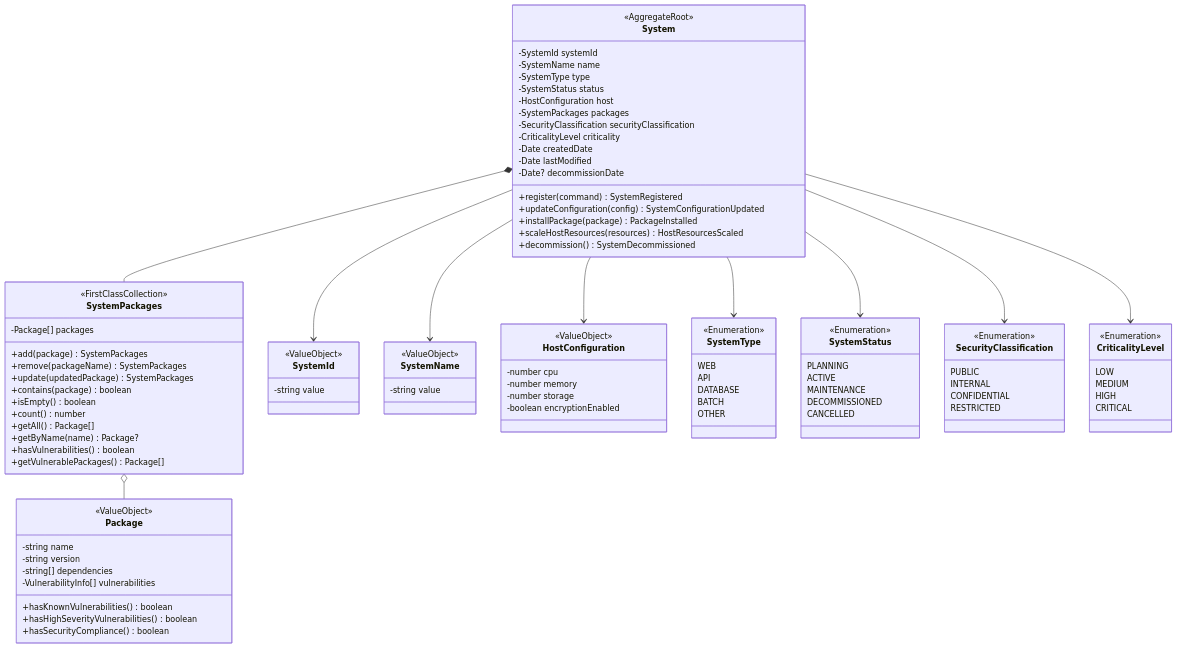
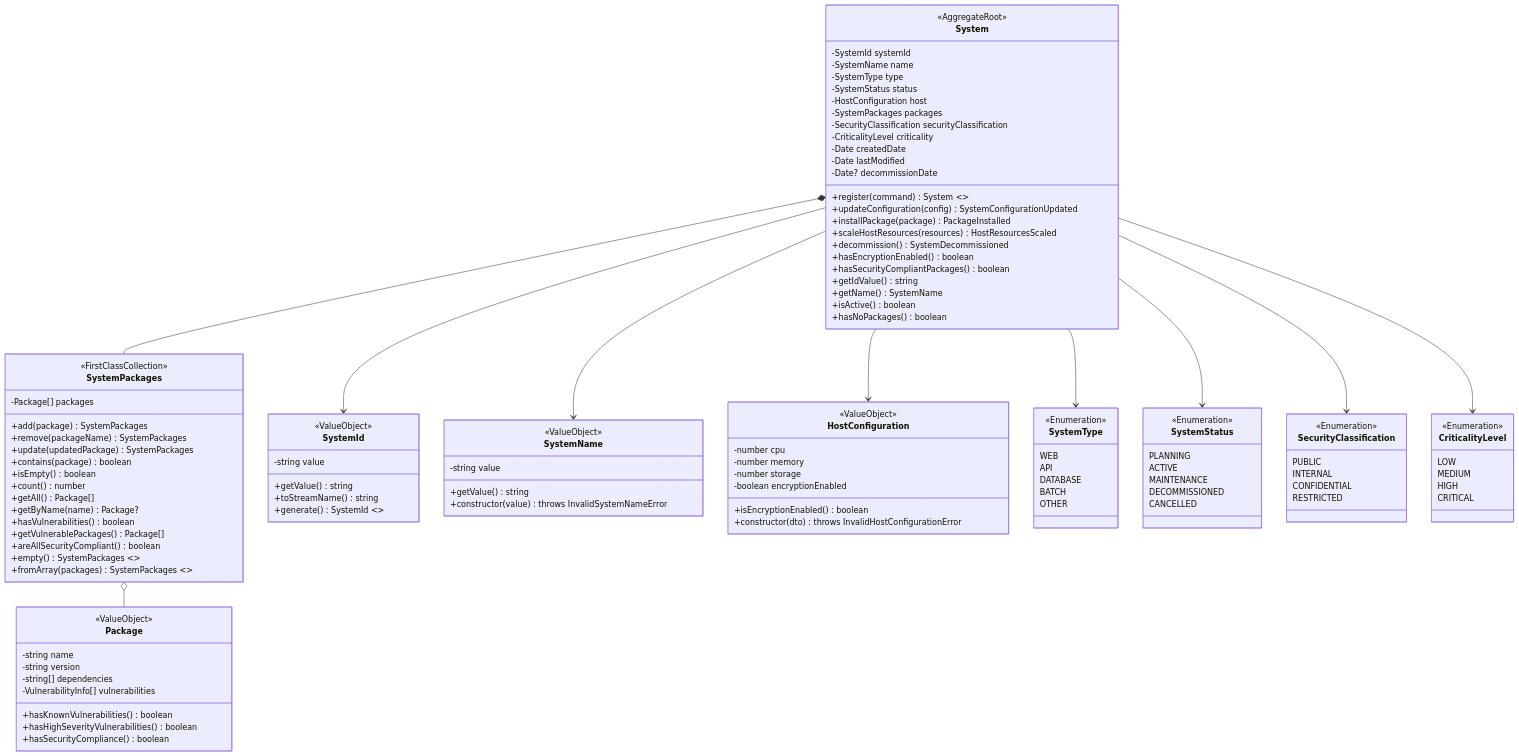
One commit to masakazu1967/system-board changed the second of 3 diagrams in docs/spec/system-management/US-SM-001.md. Above: the diagram before and after it, drawn with Mermaid. The commit also changed other lines of this file, not shown here.

First line of the commit message:
feat(system-management): Onion Architecture実装とKurrent DB Pub/Subアーキテクチャ仕様完成

```diff
--- a/docs/spec/system-management/US-SM-001.md
+++ b/docs/spec/system-management/US-SM-001.md
@@ -157,11 +166,17 @@
         -Date createdDate
         -Date lastModified
         -Date? decommissionDate
-        +register(command) SystemRegistered
+        +register(command) System <<static>>
         +updateConfiguration(config) SystemConfigurationUpdated
         +installPackage(package) PackageInstalled
         +scaleHostResources(resources) HostResourcesScaled
         +decommission() SystemDecommissioned
+        +hasEncryptionEnabled() boolean
+        +hasSecurityCompliantPackages() boolean
+        +getIdValue() string
+        +getName() SystemName
+        +isActive() boolean
+        +hasNoPackages() boolean
     }
 
     class SystemPackages {
@@ -177,6 +192,9 @@
         +getByName(name) Package?
         +hasVulnerabilities() boolean
         +getVulnerablePackages() Package[]
+        +areAllSecurityCompliant() boolean
+        +empty() SystemPackages <<static>>
+        +fromArray(packages) SystemPackages <<static>>
     }
 
     class Package {
@@ -193,11 +211,16 @@
     class SystemId {
         <<ValueObject>>
         -string value
+        +getValue() string
+        +toStreamName() string
+        +generate() SystemId <<static>>
     }
 
     class SystemName {
         <<ValueObject>>
         -string value
+        +getValue() string
+        +constructor(value) throws InvalidSystemNameError
     }
 
     class HostConfiguration {
@@ -206,6 +229,8 @@
         -number memory
         -number storage
         -boolean encryptionEnabled
+        +isEncryptionEnabled() boolean
+        +constructor(dto) throws InvalidHostConfigurationError
     }
 
     class SystemType {
```
